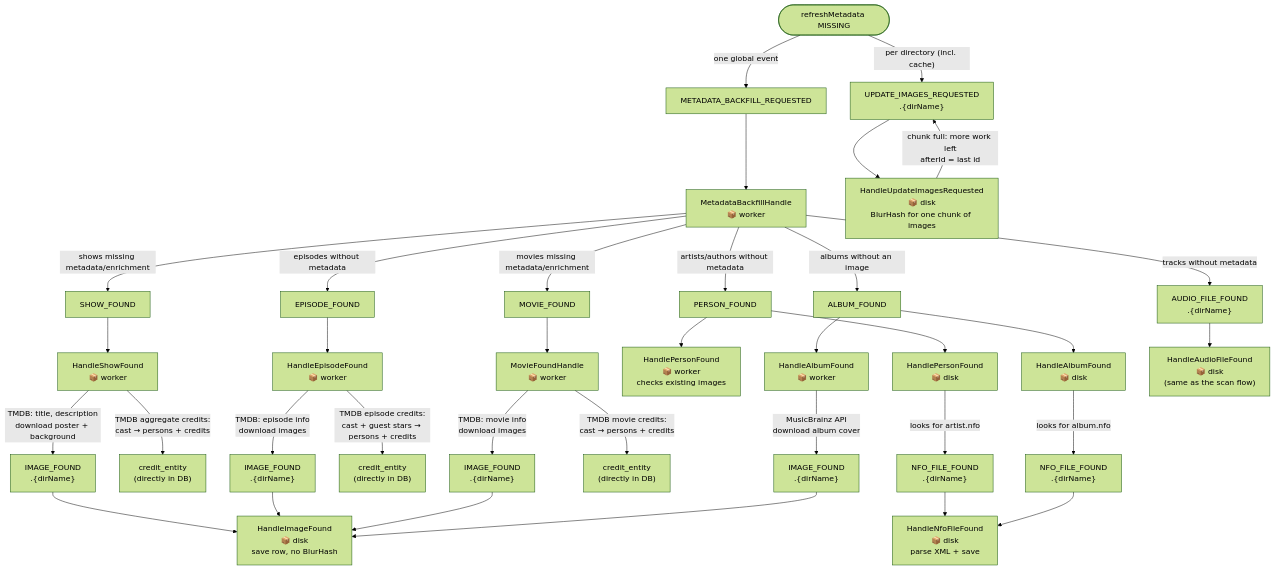
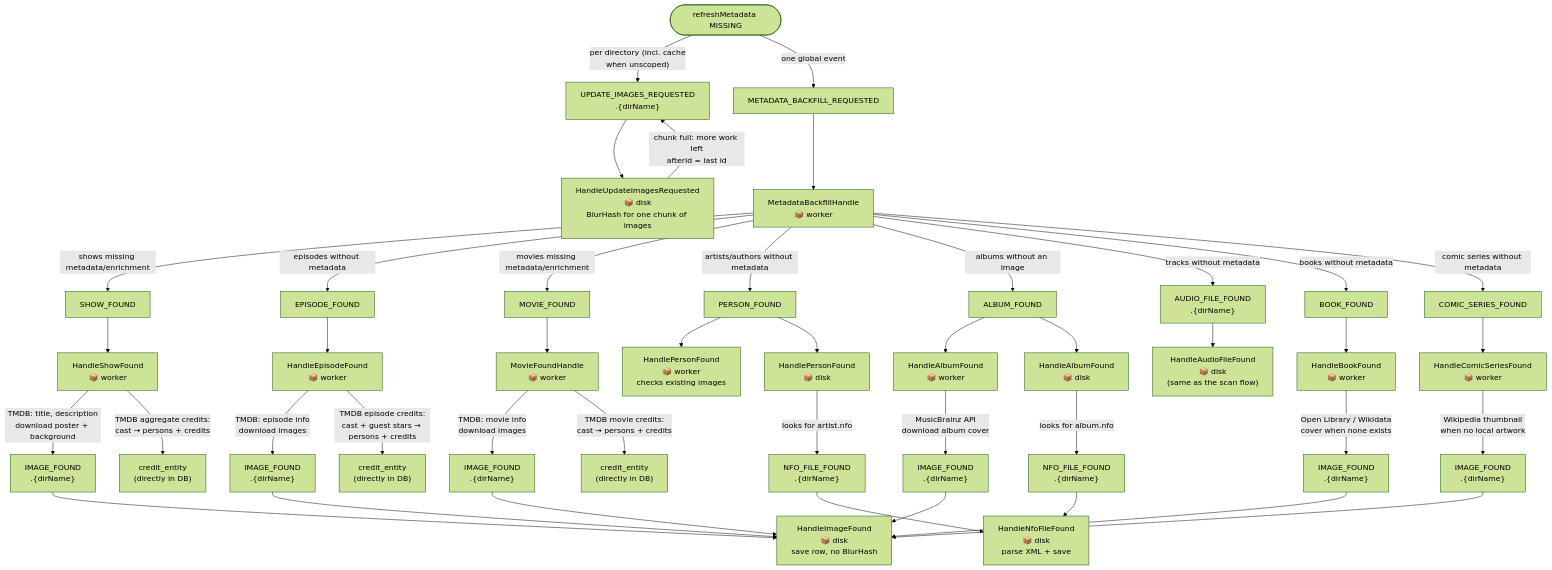
The first of 2 diagrams in doc/architecture/diagrams/analyze-flow.md (ister-app/server), drawn with Mermaid (forest theme) before and after one commit. The commit also changed other lines of this file and 21 other files, not shown here.

First line of the commit message:
docs(architecture): sync the chapters and diagrams with the code

````diff
--- a/doc/architecture/diagrams/analyze-flow.md
+++ b/doc/architecture/diagrams/analyze-flow.md
@@ -10,44 +12,52 @@
 ```mermaid
 flowchart TD
-    API([refreshMetadata MISSING]) -->|"per directory (incl. cache)"| C["UPDATE_IMAGES_REQUESTED\n.{dirName}"]
+    API([refreshMetadata MISSING]) -->|"per directory (incl. cache\nwhen unscoped)"| C["UPDATE_IMAGES_REQUESTED\n.{dirName}"]
     API -->|"one global event"| A
 
     A["METADATA_BACKFILL_REQUESTED"]
     A --> B["MetadataBackfillHandle\n📦 worker"]
 
     B -->|"shows missing metadata/enrichment"| D["SHOW_FOUND"]
     B -->|"episodes without metadata"| E["EPISODE_FOUND"]
     B -->|"movies missing metadata/enrichment"| F["MOVIE_FOUND"]
     B -->|"artists/authors without metadata"| G["PERSON_FOUND"]
     B -->|"albums without an image"| H["ALBUM_FOUND"]
     B -->|"tracks without metadata"| I["AUDIO_FILE_FOUND\n.{dirName}"]
+    B -->|"books without metadata"| BK["BOOK_FOUND"]
+    B -->|"comic series without metadata"| CS["COMIC_SERIES_FOUND"]
 
     C --> C1["HandleUpdateImagesRequested\n📦 disk\nBlurHash for one chunk of images"]
     C1 -->|"chunk full: more work left\nafterId = last id"| C
 
     D --> D1["HandleShowFound\n📦 worker"]
     D1 -->|"TMDB: title, description\ndownload poster + background"| IMG1["IMAGE_FOUND\n.{dirName}"]
     D1 -->|"TMDB aggregate credits:\ncast → persons + credits"| CR1["credit_entity\n(directly in DB)"]
 
     E --> E1["HandleEpisodeFound\n📦 worker"]
     E1 -->|"TMDB: episode info\ndownload images"| IMG2["IMAGE_FOUND\n.{dirName}"]
     E1 -->|"TMDB episode credits:\ncast + guest stars → persons + credits"| CR2["credit_entity\n(directly in DB)"]
 
     F --> F1["MovieFoundHandle\n📦 worker"]
     F1 -->|"TMDB: movie info\ndownload images"| IMG3["IMAGE_FOUND\n.{dirName}"]
     F1 -->|"TMDB movie credits:\ncast → persons + credits"| CR3["credit_entity\n(directly in DB)"]
 
     G --> G1["HandlePersonFound\n📦 worker\nchecks existing images"]
     G --> G2["HandlePersonFound\n📦 disk"]
     G2 -->|"looks for artist.nfo"| NFO1["NFO_FILE_FOUND\n.{dirName}"]
 
     H --> H1["HandleAlbumFound\n📦 worker"]
     H1 -->|"MusicBrainz API\ndownload album cover"| IMG4["IMAGE_FOUND\n.{dirName}"]
     H --> H2["HandleAlbumFound\n📦 disk"]
     H2 -->|"looks for album.nfo"| NFO2["NFO_FILE_FOUND\n.{dirName}"]
 
     I --> I1["HandleAudioFileFound\n📦 disk\n(same as the scan flow)"]
 
-    IMG1 & IMG2 & IMG3 & IMG4 --> FIN["HandleImageFound\n📦 disk\nsave row, no BlurHash"]
+    BK --> BK1["HandleBookFound\n📦 worker"]
+    BK1 -->|"Open Library / Wikidata\ncover when none exists"| IMG5["IMAGE_FOUND\n.{dirName}"]
+
+    CS --> CS1["HandleComicSeriesFound\n📦 worker"]
+    CS1 -->|"Wikipedia thumbnail\nwhen no local artwork"| IMG6["IMAGE_FOUND\n.{dirName}"]
+
+    IMG1 & IMG2 & IMG3 & IMG4 & IMG5 & IMG6 --> FIN["HandleImageFound\n📦 disk\nsave row, no BlurHash"]
     NFO1 & NFO2 --> FIN2["HandleNfoFileFound\n📦 disk\nparse XML + save"]
 ```
````
